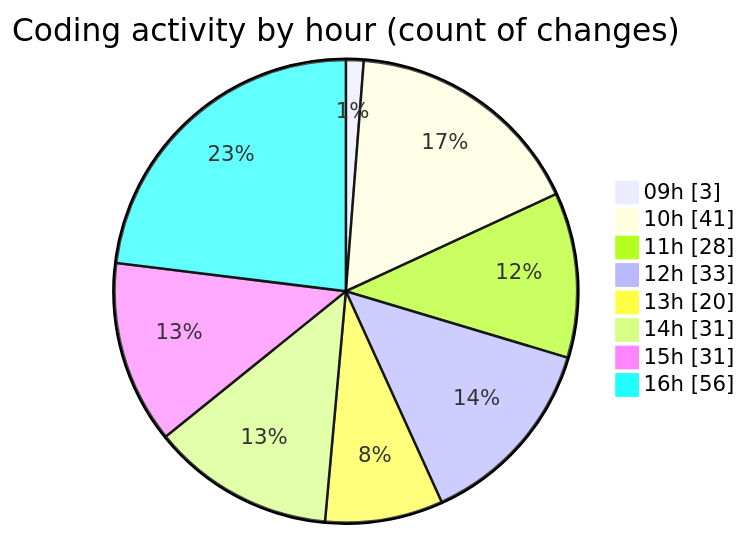
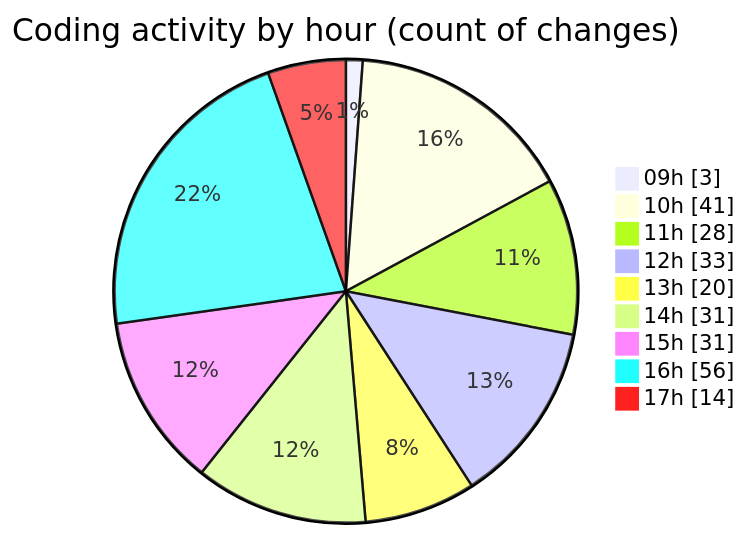
One commit to CELIANVF/code-tracking changed the second of 2 diagrams in 2025-05-19/ecodeli-1/README.md. Above: the diagram before and after it, drawn with Mermaid. The commit also changed other lines of this file and 1 other file, not shown here.

````diff
--- a/2025-05-19/ecodeli-1/README.md
+++ b/2025-05-19/ecodeli-1/README.md
@@ -100,12 +101,13 @@
 ```mermaid
 pie showData
 title Coding activity by hour (count of changes)
 "09h" : 3
 "10h" : 41
 "11h" : 28
 "12h" : 33
 "13h" : 20
 "14h" : 31
 "15h" : 31
 "16h" : 56
+"17h" : 14
 ```
````
